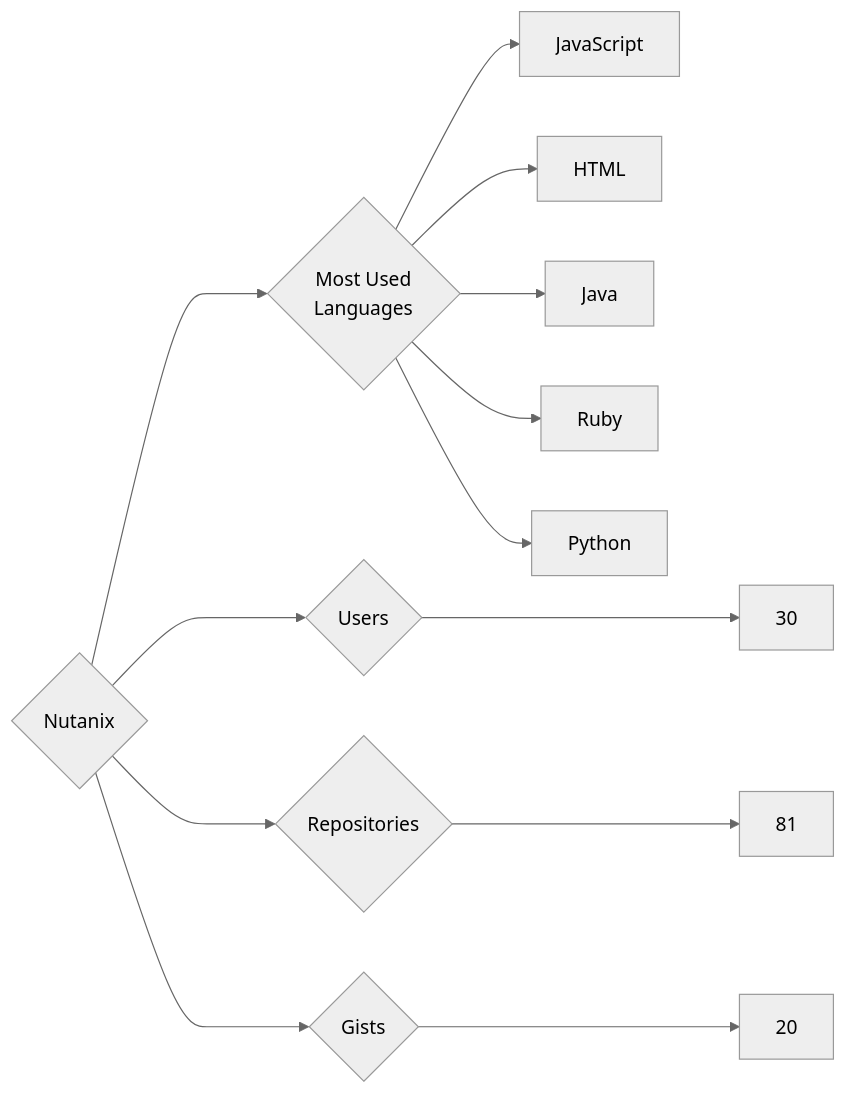
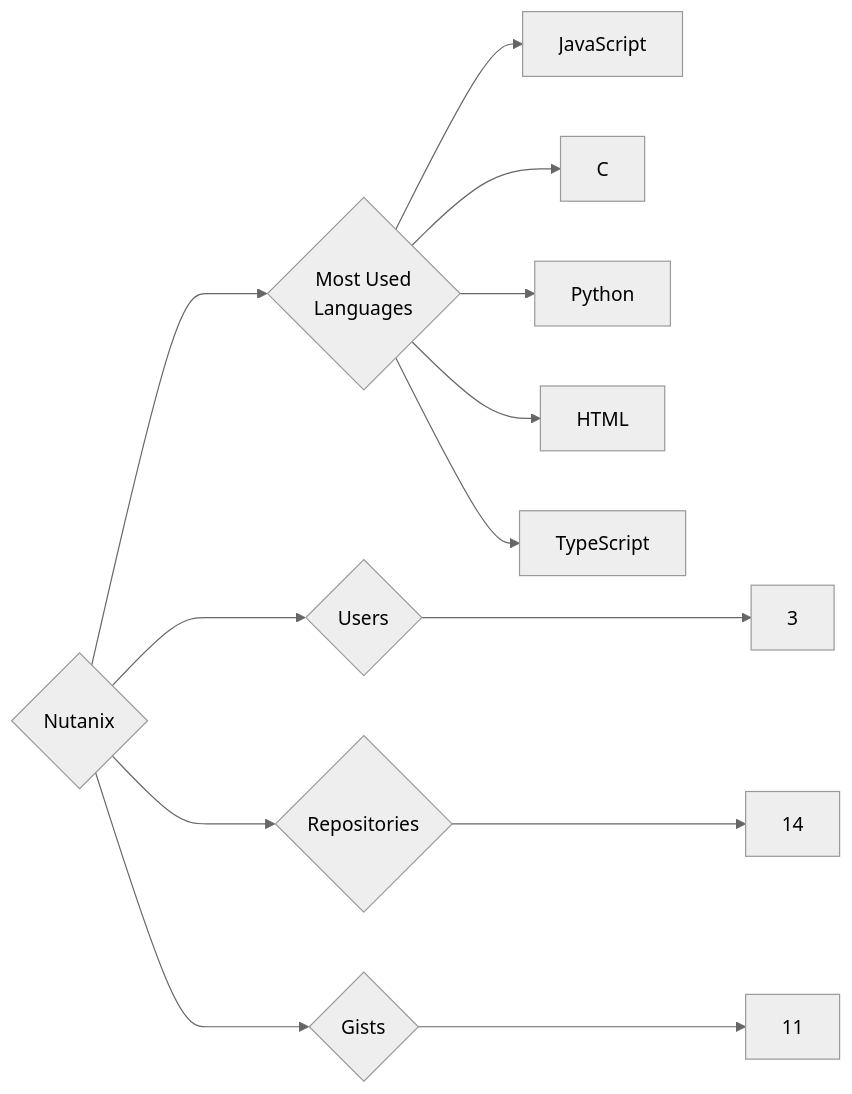
One commit to trickest/insiders changed the diagram in targets/Nutanix/README.md. Above: the diagram before and after it, drawn with Mermaid (neutral theme). The commit also changed 870 other files, not shown here.

````diff
--- a/targets/Nutanix/README.md
+++ b/targets/Nutanix/README.md
@@ -3,13 +3,13 @@
 ```mermaid
 graph LR
 COMPANY_NAME{Nutanix}
-COMPANY_NAME ---> U{Users} ---> UN[30]
-COMPANY_NAME ---> R{Repositories} ---> RN[81]
-COMPANY_NAME ---> G{Gists} ---> GN[20]
+COMPANY_NAME ---> U{Users} ---> UN[3]
+COMPANY_NAME ---> R{Repositories} ---> RN[14]
+COMPANY_NAME ---> G{Gists} ---> GN[11]
 COMPANY_NAME ---> ML{Most Used<br>Languages}
 ML --> JavaScript[JavaScript]
+ML --> C[C]
+ML --> Python[Python]
 ML --> HTML[HTML]
-ML --> Java[Java]
-ML --> Ruby[Ruby]
-ML --> Python[Python]
+ML --> TypeScript[TypeScript]
 ```
````
